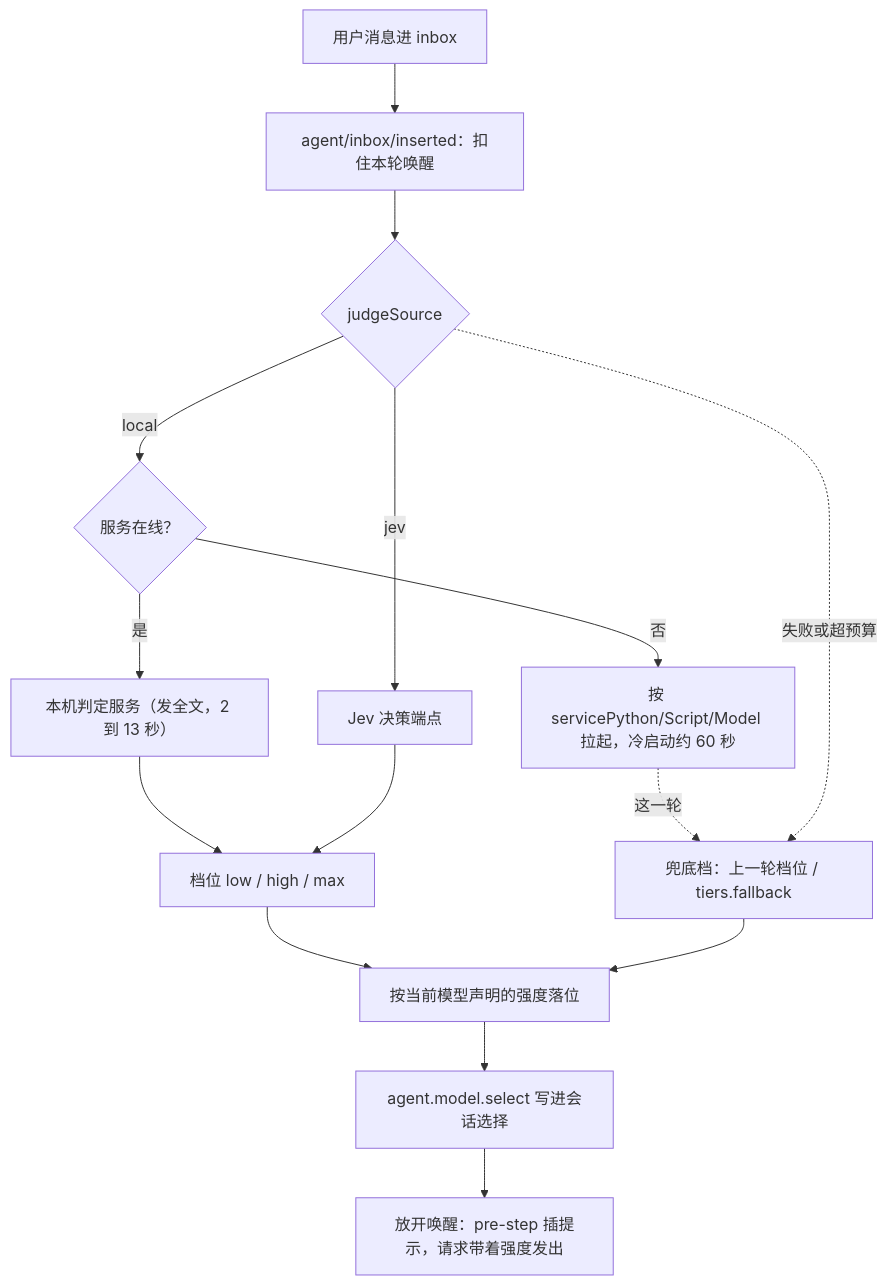
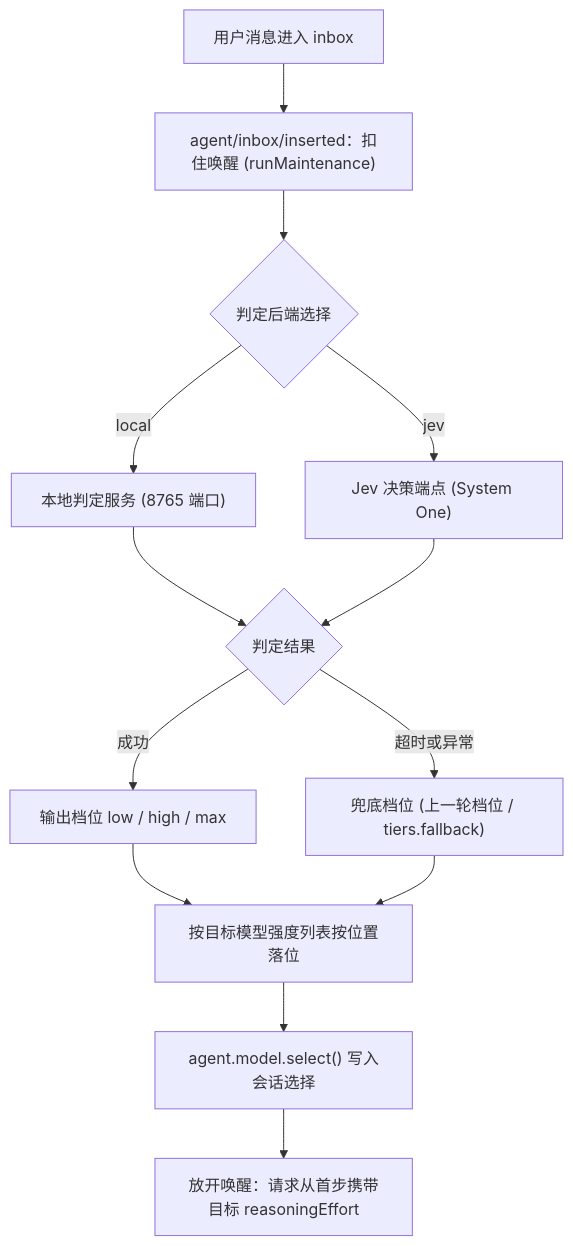
One commit to Hakutaku-02/dsh-effort-router changed the diagram in README.md. Above: the diagram before and after it, drawn with Mermaid. The commit also changed other lines of this file, not shown here.

````diff
--- a/README.md
+++ b/README.md
@@ -44,17 +52,15 @@
 ```mermaid
 flowchart TD
-  A["用户消息进 inbox"] --> B["agent/inbox/inserted：扣住本轮唤醒"]
-  B --> C{"judgeSource"}
-  C -->|local| L{"服务在线？"}
-  L -->|否| M["按 servicePython/Script/Model 拉起，冷启动约 60 秒"]
-  L -->|是| D["本机判定服务（发全文，2 到 13 秒）"]
-  M -.->|这一轮| G
-  C -->|jev| E["Jev 决策端点"]
-  D --> F["档位 low / high / max"]
+  A["用户消息进入 inbox"] --> B["agent/inbox/inserted：扣住唤醒 (runMaintenance)"]
+  B --> C{"判定后端选择"}
+  C -->|local| D["本地判定服务 (8765 端口)"]
+  C -->|jev| E["Jev 决策端点 (System One)"]
+  D --> F{"判定结果"}
   E --> F
-  C -.->|失败或超预算| G["兜底档：上一轮档位 / tiers.fallback"]
-  F --> H["按当前模型声明的强度落位"]
-  G --> H
-  H --> I["agent.model.select 写进会话选择"]
-  I --> J["放开唤醒：pre-step 插提示，请求带着强度发出"]
+  F -->|成功| G["输出档位 low / high / max"]
+  F -->|超时或异常| H["兜底档位 (上一轮档位 / tiers.fallback)"]
+  G --> I["按目标模型强度列表按位置落位"]
+  H --> I
+  I --> J["agent.model.select() 写入会话选择"]
+  J --> K["放开唤醒：请求从首步携带目标 reasoningEffort"]
 ```
````
